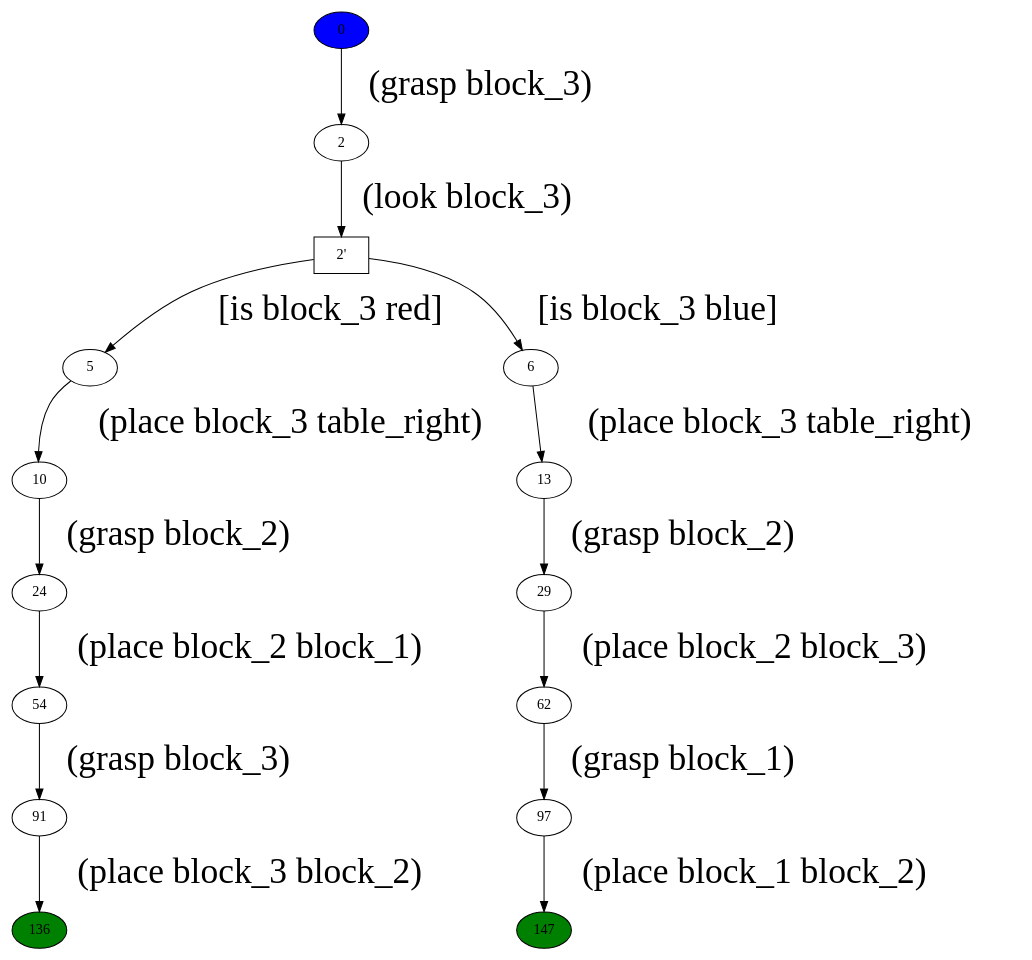
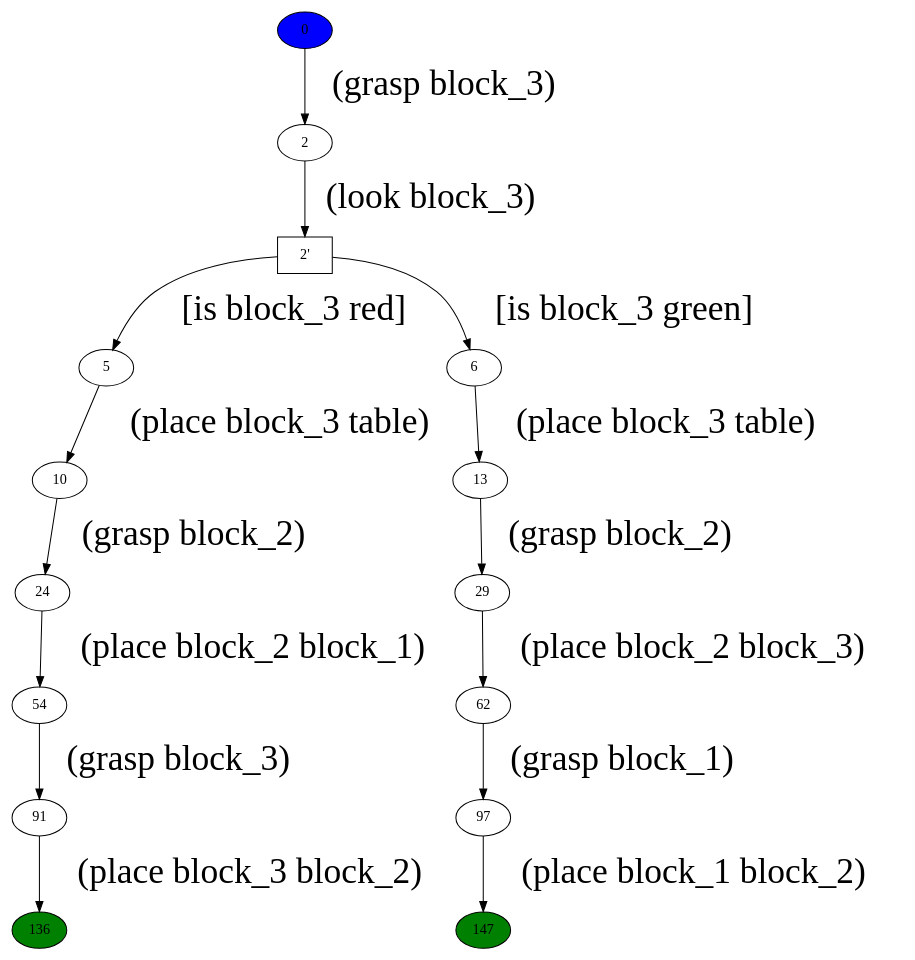
Before and after one commit to cambyse/iros-camille-2018: the diagram in data/2m1/-0.015/10/policy-11-final-arranged__.gv, drawn with Graphviz. The commit also changed 2052 other files, not shown here.

```diff
--- a/data/2m1/-0.015/10/policy-11-final-arranged__.gv
+++ b/data/2m1/-0.015/10/policy-11-final-arranged__.gv
@@ -1,23 +1,23 @@
 digraph g{
 node[margin=0];
 edge[fontsize = 35];
 graph[];
 136 [style=filled, fillcolor=green]
 147 [style=filled, fillcolor=green]
 0 [style=filled, fillcolor=blue]
 0->2 [ label="(grasp block_3)" ];
 "2'" [ shape=box ] ;
 2->"2'" [ label="(look block_3)" ];
 "2'"->5 [ label="[is block_3 red]" ];
-5->10 [ label="(place block_3 table_right)" ];
+5->10 [ label="(place block_3 table)" ];
 10->24 [ label="(grasp block_2)" ];
 24->54 [ label="(place block_2 block_1)" ];
 54->91 [ label="(grasp block_3)" ];
 91->136 [ label="(place block_3 block_2)" ];
-"2'"->6 [ label="[is block_3 blue]" ];
-6->13 [ label="(place block_3 table_right)" ];
+"2'"->6 [ label="[is block_3 green]" ];
+6->13 [ label="(place block_3 table)" ];
 13->29 [ label="(grasp block_2)" ];
 29->62 [ label="(place block_2 block_3)" ];
 62->97 [ label="(grasp block_1)" ];
 97->147 [ label="(place block_1 block_2)" ];
 }
```
